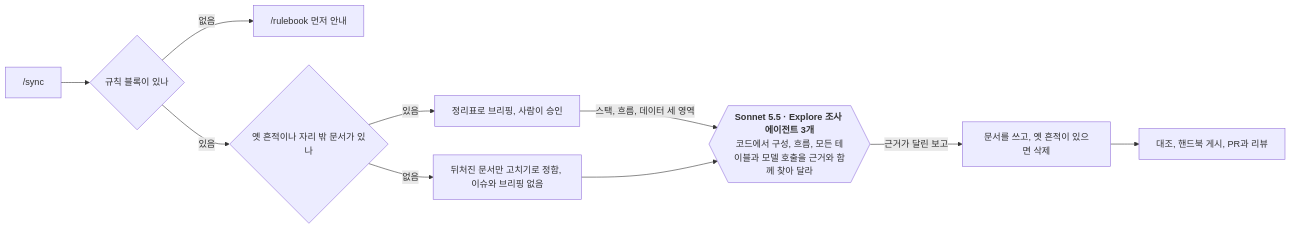
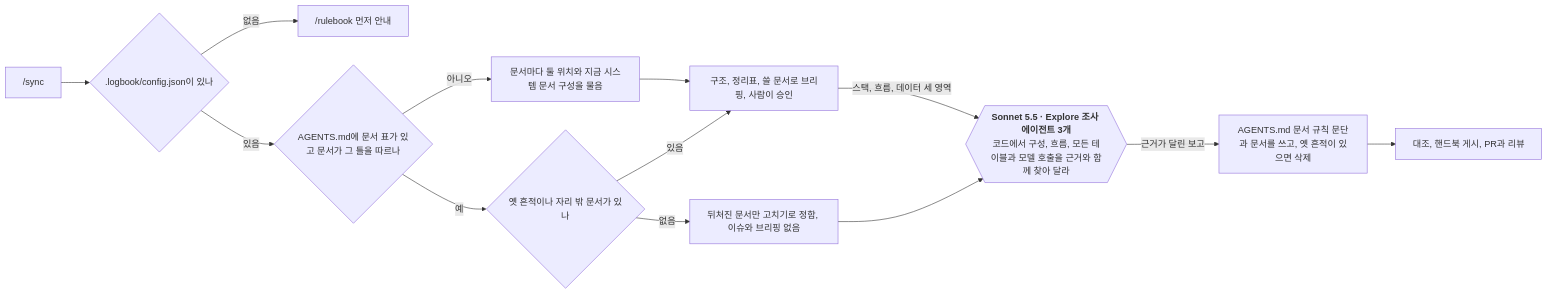
The ninth of 9 diagrams in docs/system/flows.md (dincal/agent_logbook), drawn with Mermaid before and after one commit. The commit also changed other lines of this file and 26 other files, not shown here.

````diff
--- a/docs/system/flows.md
+++ b/docs/system/flows.md
@@ -222,13 +247,16 @@
 ```mermaid
 flowchart LR
-  A["/sync"] --> B{"규칙 블록이 있나"}
+  A["/sync"] --> B{".logbook/config.json이 있나"}
   B -->|"없음"| R["/rulebook 먼저 안내"]
-  B -->|"있음"| C{"옛 흔적이나 자리 밖 문서가 있나"}
-  C -->|"있음"| D["정리표로 브리핑, 사람이 승인"]
+  B -->|"있음"| T{"AGENTS.md에 문서 표가 있고 문서가 그 틀을 따르나"}
+  T -->|"아니오"| Q["문서마다 둘 위치와 지금 시스템 문서 구성을 물음"]
+  Q --> D["구조, 정리표, 쓸 문서로 브리핑, 사람이 승인"]
+  T -->|"예"| C{"옛 흔적이나 자리 밖 문서가 있나"}
+  C -->|"있음"| D
   D -->|"스택, 흐름, 데이터 세 영역"| S{{"`**Sonnet 5.5 · Explore 조사 에이전트 3개**
   코드에서 구성, 흐름, 모든 테이블과 모델 호출을 근거와 함께 찾아 달라`"}}
   C -->|"없음"| F["뒤처진 문서만 고치기로 정함, 이슈와 브리핑 없음"]
   F --> S
-  S -->|"근거가 달린 보고"| E["문서를 쓰고, 옛 흔적이 있으면 삭제"]
+  S -->|"근거가 달린 보고"| E["AGENTS.md 문서 규칙 문단과 문서를 쓰고, 옛 흔적이 있으면 삭제"]
   E --> G["대조, 핸드북 게시, PR과 리뷰"]
 ```
````
